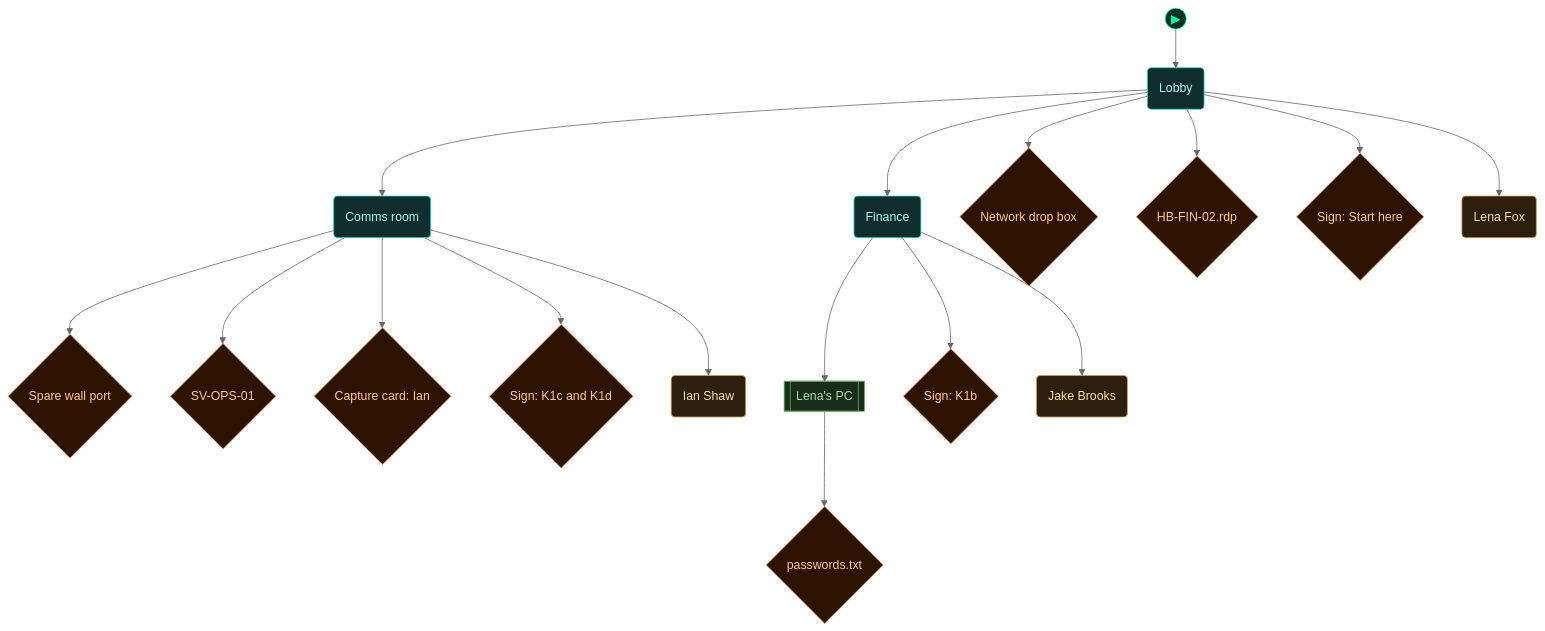
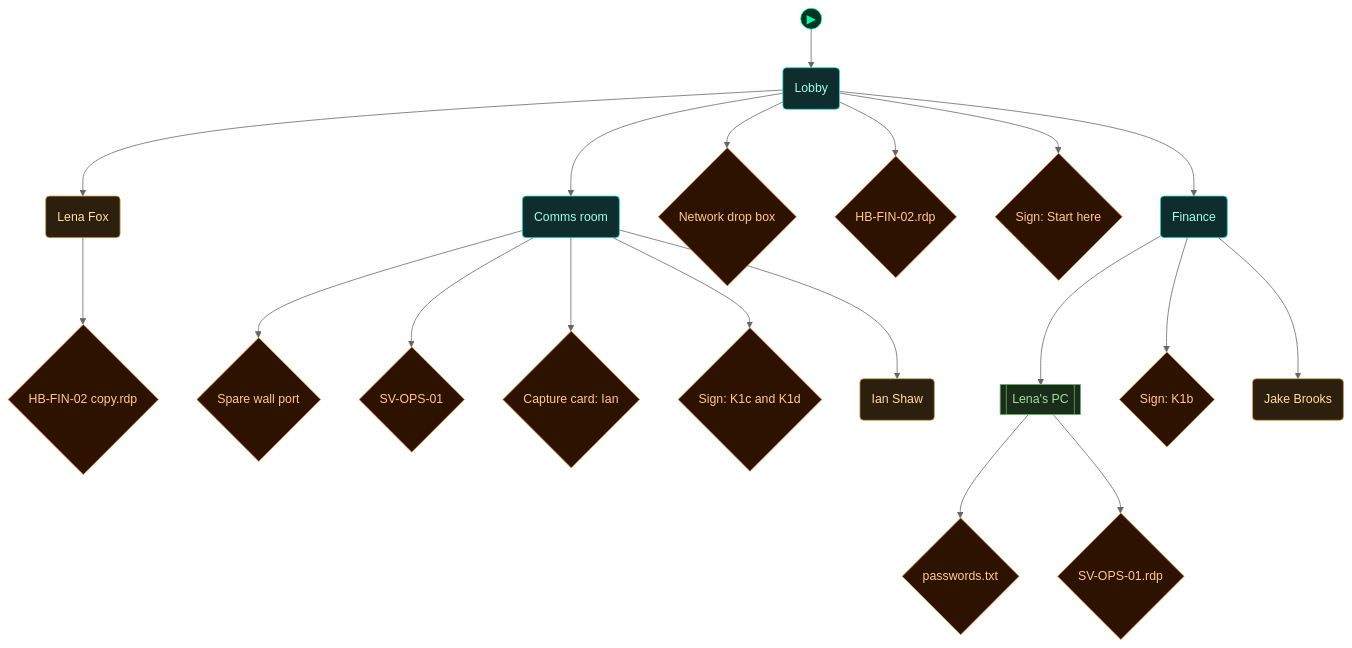
The fifth of 5 diagrams in scenarios/test_access_keyring/dungeon_graph.md (cliffe/BreakEscape), drawn with Mermaid (neutral theme) before and after one commit. The commit also changed other lines of this file and 13 other files, not shown here.

````diff
--- a/scenarios/test_access_keyring/dungeon_graph.md
+++ b/scenarios/test_access_keyring/dungeon_graph.md
@@ -282,60 +296,64 @@
 ```mermaid
 flowchart TD
 
   classDef room      fill:#0f2d2d,stroke:#22ddcc,color:#a0ffee
   classDef lock      fill:#2d0f0f,stroke:#e66060,color:#ffa0a0
   classDef key       fill:#2d0812,stroke:#e66060,color:#ffa0a0
   classDef item      fill:#2d1200,stroke:#e89030,color:#ffcc80
   classDef gate      fill:#111,stroke:#666,color:#eee
   classDef vm        fill:#0c1f40,stroke:#4a90d9,color:#a0c8ff
   classDef flag      fill:#1a0c2d,stroke:#9060d0,color:#cc99ff
   classDef action    fill:#1a1200,stroke:#cc9922,color:#ffee88
   classDef aim       fill:#0d2a0d,stroke:#44cc44,color:#88ff88
   classDef aim_gate  fill:#111111,stroke:#44cc44,color:#44cc44
   classDef container fill:#1a2d1a,stroke:#60b060,color:#a0e0a0
   classDef npc       fill:#2d1f0d,stroke:#d0a050,color:#ffe0a0
   classDef critical  fill:#2a1500,stroke:#ffaa00,color:#ffdd88
   classDef start     fill:#003322,stroke:#00ffaa,color:#00ffaa
 
   node_start(("▶"))
   node_start --> lobby
 
   lobby("Lobby")
   comms_room("Comms room")
   finance_room("Finance")
   rc_kit_dropbox_1{"Network drop box"}
   rc_lena_rdp_file_2{"HB-FIN-02.rdp"}
   rc_sign_lobby_3{"Sign: Start here"}
   rc_npc_lena_fox_4("Lena Fox")
-  rc_comms_port_5{"Spare wall port"}
-  rc_ops_pc_6{"SV-OPS-01"}
-  rc_capture_note_ian_7{"Capture card: Ian"}
-  rc_sign_comms_8{"Sign: K1c and K1d"}
-  rc_npc_ian_shaw_9("Ian Shaw")
-  rc_lena_pc_10[["Lena's PC"]]
-  rc_lena_passwords_txt_11{"passwords.txt"}
-  rc_sign_finance_12{"Sign: K1b"}
-  rc_npc_jake_brooks_13("Jake Brooks")
+  rc_lena_rdp_gift_5{"HB-FIN-02 copy.rdp"}
+  rc_comms_port_6{"Spare wall port"}
+  rc_ops_pc_7{"SV-OPS-01"}
+  rc_capture_note_ian_8{"Capture card: Ian"}
+  rc_sign_comms_9{"Sign: K1c and K1d"}
+  rc_npc_ian_shaw_10("Ian Shaw")
+  rc_lena_pc_11[["Lena's PC"]]
+  rc_lena_passwords_txt_12{"passwords.txt"}
+  rc_ops_rdp_file_13{"SV-OPS-01.rdp"}
+  rc_sign_finance_14{"Sign: K1b"}
+  rc_npc_jake_brooks_15("Jake Brooks")
 
   lobby --> comms_room
   lobby --> finance_room
   lobby --> rc_kit_dropbox_1
   lobby --> rc_lena_rdp_file_2
   lobby --> rc_sign_lobby_3
   lobby --> rc_npc_lena_fox_4
-  comms_room --> rc_comms_port_5
-  comms_room --> rc_ops_pc_6
-  comms_room --> rc_capture_note_ian_7
-  comms_room --> rc_sign_comms_8
-  comms_room --> rc_npc_ian_shaw_9
-  finance_room --> rc_lena_pc_10
-  rc_lena_pc_10 --> rc_lena_passwords_txt_11
-  finance_room --> rc_sign_finance_12
-  finance_room --> rc_npc_jake_brooks_13
+  rc_npc_lena_fox_4 --> rc_lena_rdp_gift_5
+  comms_room --> rc_comms_port_6
+  comms_room --> rc_ops_pc_7
+  comms_room --> rc_capture_note_ian_8
+  comms_room --> rc_sign_comms_9
+  comms_room --> rc_npc_ian_shaw_10
+  finance_room --> rc_lena_pc_11
+  rc_lena_pc_11 --> rc_lena_passwords_txt_12
+  rc_lena_pc_11 --> rc_ops_rdp_file_13
+  finance_room --> rc_sign_finance_14
+  finance_room --> rc_npc_jake_brooks_15
 
   class lobby,comms_room,finance_room room
-  class rc_kit_dropbox_1,rc_lena_rdp_file_2,rc_sign_lobby_3,rc_comms_port_5,rc_ops_pc_6,rc_capture_note_ian_7,rc_sign_comms_8,rc_lena_passwords_txt_11,rc_sign_finance_12 item
-  class rc_npc_lena_fox_4,rc_npc_ian_shaw_9,rc_npc_jake_brooks_13 npc
-  class rc_lena_pc_10 container
+  class rc_kit_dropbox_1,rc_lena_rdp_file_2,rc_sign_lobby_3,rc_lena_rdp_gift_5,rc_comms_port_6,rc_ops_pc_7,rc_capture_note_ian_8,rc_sign_comms_9,rc_lena_passwords_txt_12,rc_ops_rdp_file_13,rc_sign_finance_14 item
+  class rc_npc_lena_fox_4,rc_npc_ian_shaw_10,rc_npc_jake_brooks_15 npc
+  class rc_lena_pc_11 container
   class node_start start
 ```
````
